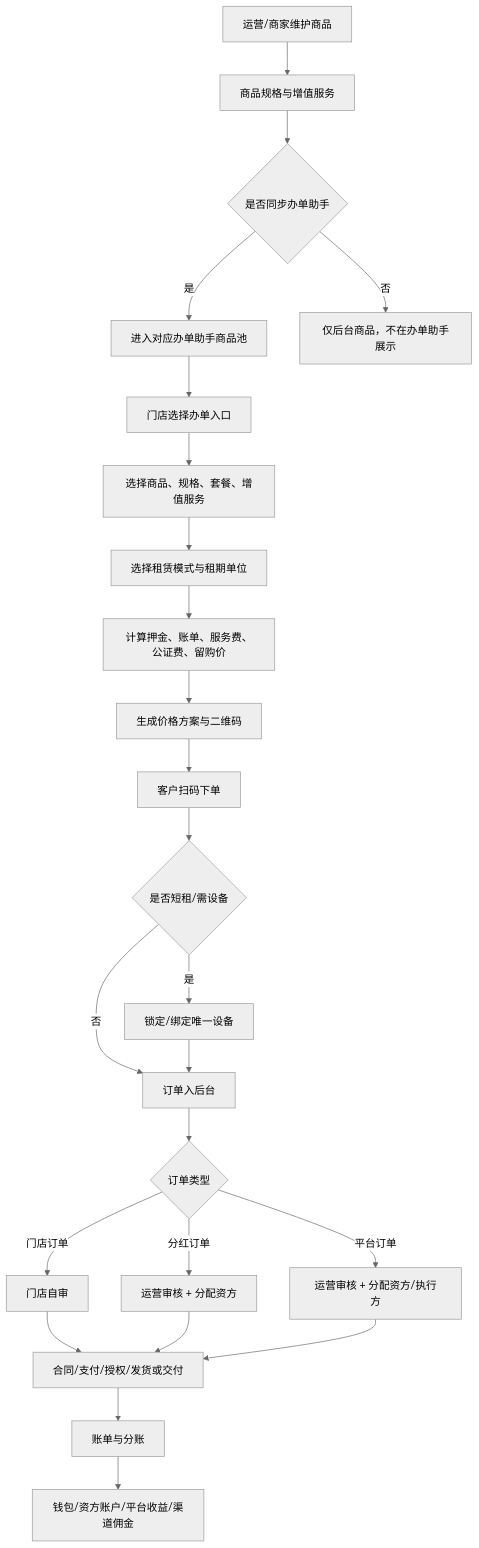
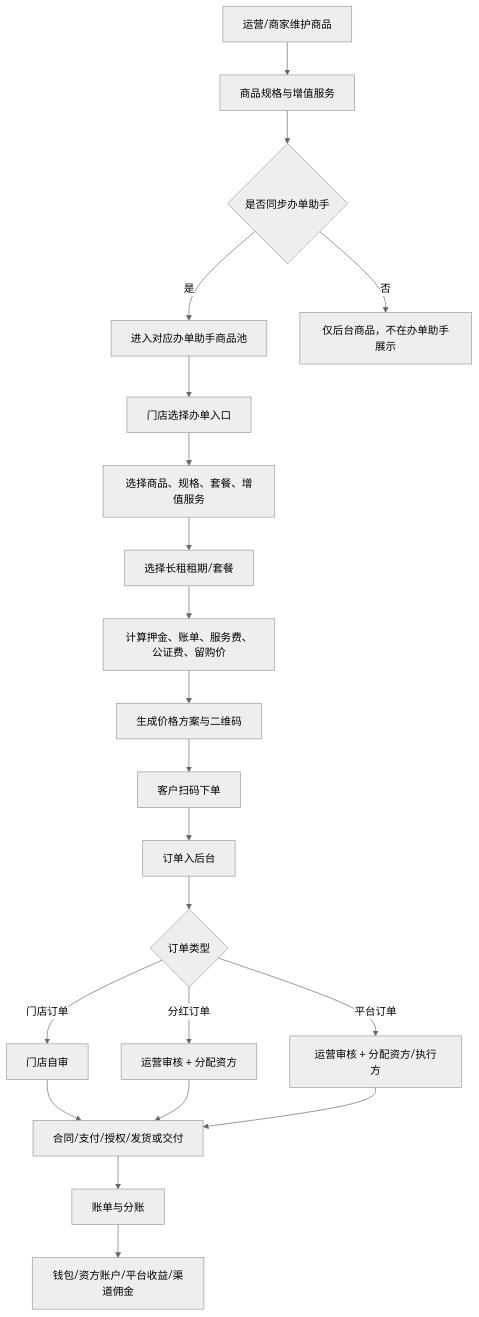
One commit to joezjyan-bot/mandian-prd changed the first of 2 diagrams in PRD/V0.2/03_商品办单助手订单核心链路.md. Above: the diagram before and after it, drawn with Mermaid (neutral theme). The commit also changed other lines of this file and 5 other files, not shown here.

````diff
--- a/PRD/V0.2/03_商品办单助手订单核心链路.md
+++ b/PRD/V0.2/03_商品办单助手订单核心链路.md
@@ -9,26 +9,23 @@
 ```mermaid
 flowchart TD
     A["运营/商家维护商品"] --> B["商品规格与增值服务"]
     B --> C{"是否同步办单助手"}
     C -->|是| D["进入对应办单助手商品池"]
     C -->|否| E["仅后台商品，不在办单助手展示"]
     D --> F["门店选择办单入口"]
     F --> G["选择商品、规格、套餐、增值服务"]
-    G --> H["选择租赁模式与租期单位"]
+    G --> H["选择长租租期/套餐"]
     H --> I["计算押金、账单、服务费、公证费、留购价"]
     I --> J["生成价格方案与二维码"]
     J --> K["客户扫码下单"]
-    K --> K1{"是否短租/需设备"}
-    K1 -->|是| K2["锁定/绑定唯一设备"]
-    K1 -->|否| L["订单入后台"]
-    K2 --> L
+    K --> L["订单入后台"]
     L --> M{"订单类型"}
     M -->|门店订单| N["门店自审"]
     M -->|分红订单| O["运营审核 + 分配资方"]
     M -->|平台订单| P["运营审核 + 分配资方/执行方"]
     N --> Q["合同/支付/授权/发货或交付"]
     O --> Q
     P --> Q
     Q --> R["账单与分账"]
     R --> S["钱包/资方账户/平台收益/渠道佣金"]
 ```
````
